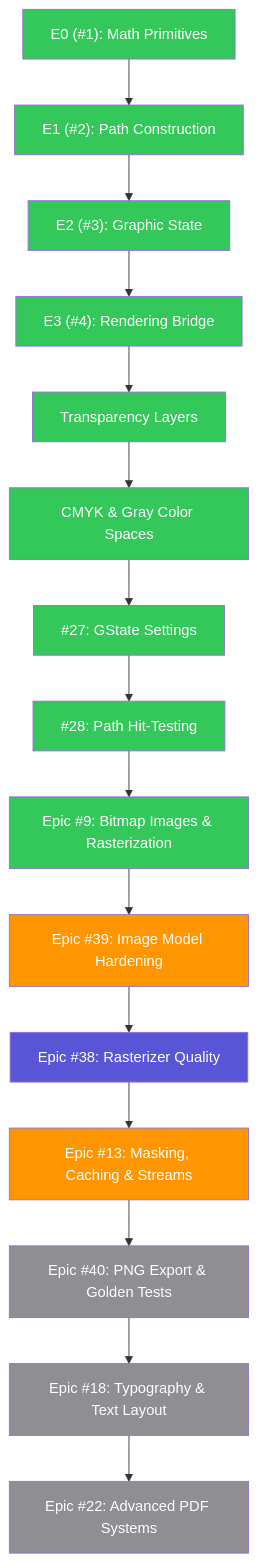
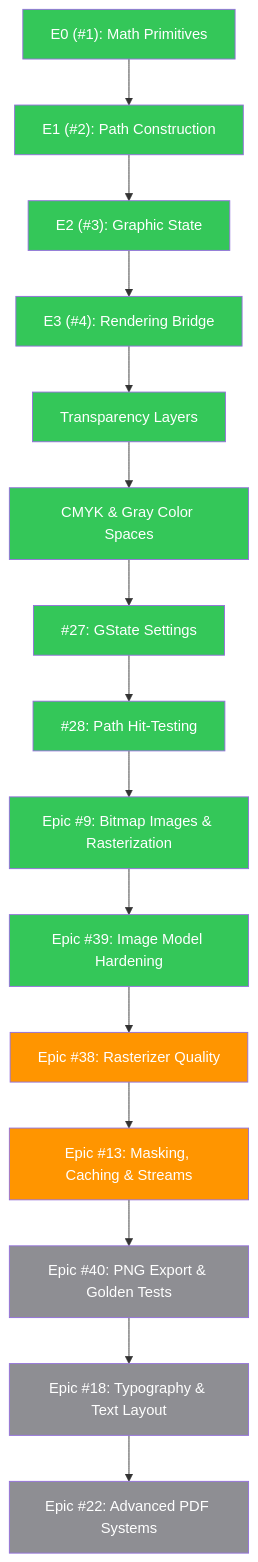
The first of 2 diagrams in docs/prioritized_roadmap.md (SlayerMotion/PureDraw), drawn with Mermaid before and after one commit. The commit also changed 1 other file, not shown here.

Commit message:
docs: update roadmap status for shipped epics 39 and 41
Epic #39 (image model hardening) is fully shipped and #41 closes the
first child of Epic #38, which moves to partial with scanline AA next.

````diff
--- a/docs/prioritized_roadmap.md
+++ b/docs/prioritized_roadmap.md
@@ -10,25 +10,25 @@
 ```mermaid
 flowchart TB
     classDef done    fill:#34C759,color:#FFFFFF
     classDef active  fill:#007AFF,color:#FFFFFF
     classDef review  fill:#30B0C7,color:#FFFFFF
     classDef next    fill:#5856D6,color:#FFFFFF
     classDef partial fill:#FF9500,color:#FFFFFF
     classDef todo    fill:#8E8E93,color:#FFFFFF
 
-    E0["E0 (#1): Math Primitives"]:::done --> E1["E1 (#2): Path Construction"]:::done --> E2["E2 (#3): Graphic State"]:::done --> E3["E3 (#4): Rendering Bridge"]:::done --> TL["Transparency Layers"]:::done --> CS["CMYK & Gray Color Spaces"]:::done --> P1_1["#27: GState Settings"]:::done --> P1_2["#28: Path Hit-Testing"]:::done --> Epic9["Epic #9: Bitmap Images & Rasterization"]:::done --> Epic39["Epic #39: Image Model Hardening"]:::partial --> Epic38["Epic #38: Rasterizer Quality"]:::next --> Epic13["Epic #13: Masking, Caching & Streams"]:::partial --> Epic40["Epic #40: PNG Export & Golden Tests"]:::todo --> Epic18["Epic #18: Typography & Text Layout"]:::todo --> Epic22["Epic #22: Advanced PDF Systems"]:::todo
+    E0["E0 (#1): Math Primitives"]:::done --> E1["E1 (#2): Path Construction"]:::done --> E2["E2 (#3): Graphic State"]:::done --> E3["E3 (#4): Rendering Bridge"]:::done --> TL["Transparency Layers"]:::done --> CS["CMYK & Gray Color Spaces"]:::done --> P1_1["#27: GState Settings"]:::done --> P1_2["#28: Path Hit-Testing"]:::done --> Epic9["Epic #9: Bitmap Images & Rasterization"]:::done --> Epic39["Epic #39: Image Model Hardening"]:::done --> Epic38["Epic #38: Rasterizer Quality"]:::partial --> Epic13["Epic #13: Masking, Caching & Streams"]:::partial --> Epic40["Epic #40: PNG Export & Golden Tests"]:::todo --> Epic18["Epic #18: Typography & Text Layout"]:::todo --> Epic22["Epic #22: Advanced PDF Systems"]:::todo
 
     click E0 href "https://github.com/mihaelamj/PureDraw/issues/1" "E0"
     click E1 href "https://github.com/mihaelamj/PureDraw/issues/2" "E1"
     click E2 href "https://github.com/mihaelamj/PureDraw/issues/3" "E2"
     click E3 href "https://github.com/mihaelamj/PureDraw/issues/4" "E3"
     click P1_1 href "https://github.com/mihaelamj/PureDraw/issues/27" "Issue #27"
     click P1_2 href "https://github.com/mihaelamj/PureDraw/issues/28" "Issue #28"
     click Epic9 href "https://github.com/mihaelamj/PureDraw/issues/9" "Epic #9"
     click Epic39 href "https://github.com/mihaelamj/PureDraw/issues/39" "Epic #39"
     click Epic38 href "https://github.com/mihaelamj/PureDraw/issues/38" "Epic #38"
     click Epic13 href "https://github.com/mihaelamj/PureDraw/issues/13" "Epic #13"
     click Epic40 href "https://github.com/mihaelamj/PureDraw/issues/40" "Epic #40"
     click Epic18 href "https://github.com/mihaelamj/PureDraw/issues/18" "Epic #18"
     click Epic22 href "https://github.com/mihaelamj/PureDraw/issues/22" "Epic #22"
 ```
````
